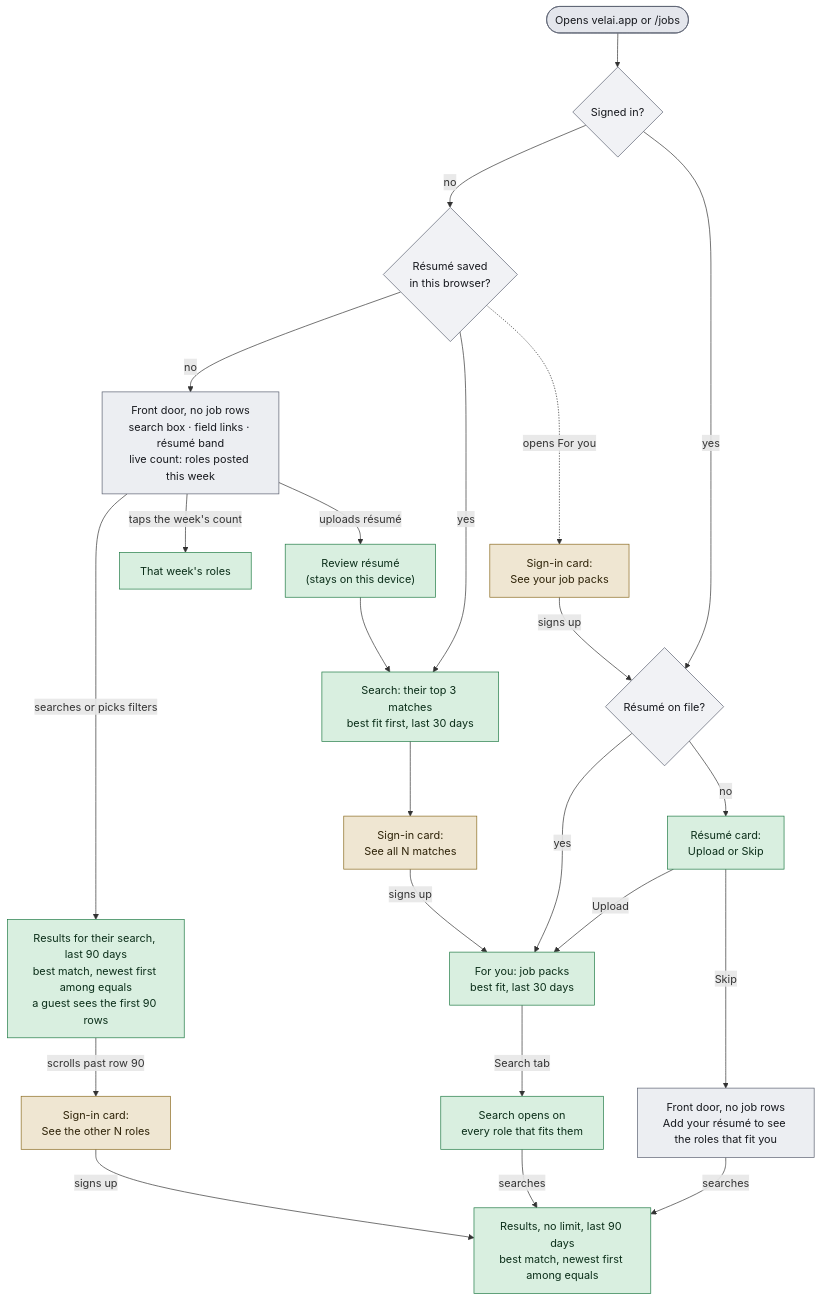
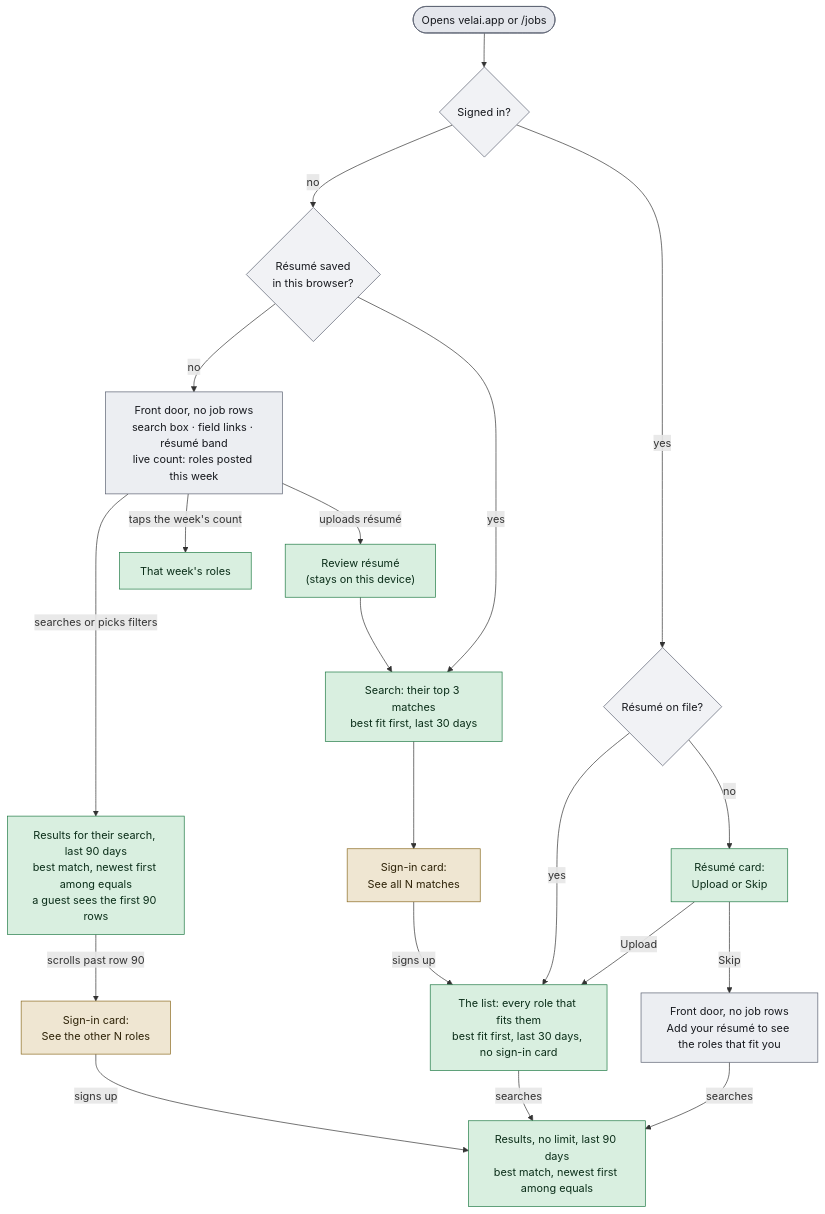
Before and after one commit to vvknyn/intervu: the diagram in tests/journeys/MAP.md, drawn with Mermaid. The commit also changed other lines of this file and 33 other files, not shown here.

First line of the commit message:
Port the journeys to the list, retire the For you ones, update catalog and map

````diff
--- a/tests/journeys/MAP.md
+++ b/tests/journeys/MAP.md
@@ -16,30 +15,27 @@
 ```mermaid
 flowchart TD
   A([Opens velai.app or /jobs]):::entry --> B{Signed in?}
   B -- no --> C{Résumé saved<br/>in this browser?}
   C -- no --> D["Front door, no job rows<br/>search box · field links · résumé band<br/>live count: roles posted this week"]:::door
   C -- yes --> I
   D -- uploads résumé --> R["Review résumé<br/>(stays on this device)"]:::ok --> I["Search: their top 3 matches<br/>best fit first, last 30 days"]:::ok
   I --> G2["Sign-in card:<br/>See all N matches"]:::gate
   D -- taps the week's count --> W["That week's roles"]:::ok
   D -- searches or picks filters --> F["Results for their search, last 90 days<br/>best match, newest first among equals<br/>a guest sees the first 90 rows"]:::ok
   F -- scrolls past row 90 --> G1["Sign-in card:<br/>See the other N roles"]:::gate
-  C -. opens For you .-> G3["Sign-in card:<br/>See your job packs"]:::gate
   B -- yes --> J{Résumé on file?}
   J -- no --> K["Résumé card:<br/>Upload or Skip"]:::ok
   K -- Skip --> L["Front door, no job rows<br/>Add your résumé to see the roles that fit you"]:::door
   K -- Upload --> M
-  J -- yes --> M["For you: job packs<br/>best fit, last 30 days"]:::ok
-  M -- Search tab --> N["Search opens on<br/>every role that fits them"]:::ok
+  J -- yes --> M["The list: every role that fits them<br/>best fit first, last 30 days, no sign-in card"]:::ok
   L -- searches --> F2["Results, no limit, last 90 days<br/>best match, newest first among equals"]:::ok
-  N -- searches --> F2
+  M -- searches --> F2
   G1 -- signs up --> F2
   G2 -- signs up --> M
-  G3 -- signs up --> J
   classDef gate fill:#efe6d2,stroke:#8a6a1f,color:#2e2308
   classDef entry fill:#e4e6ec,stroke:#5a6070,color:#17191e
   classDef door fill:#eceef2,stroke:#5a6070,color:#17191e
   classDef ok fill:#d9efe0,stroke:#1f7a44,color:#0b2e19
   classDef q fill:#f1f2f5,stroke:#5a6070,color:#17191e
   class B,C,J q
 ```
````
